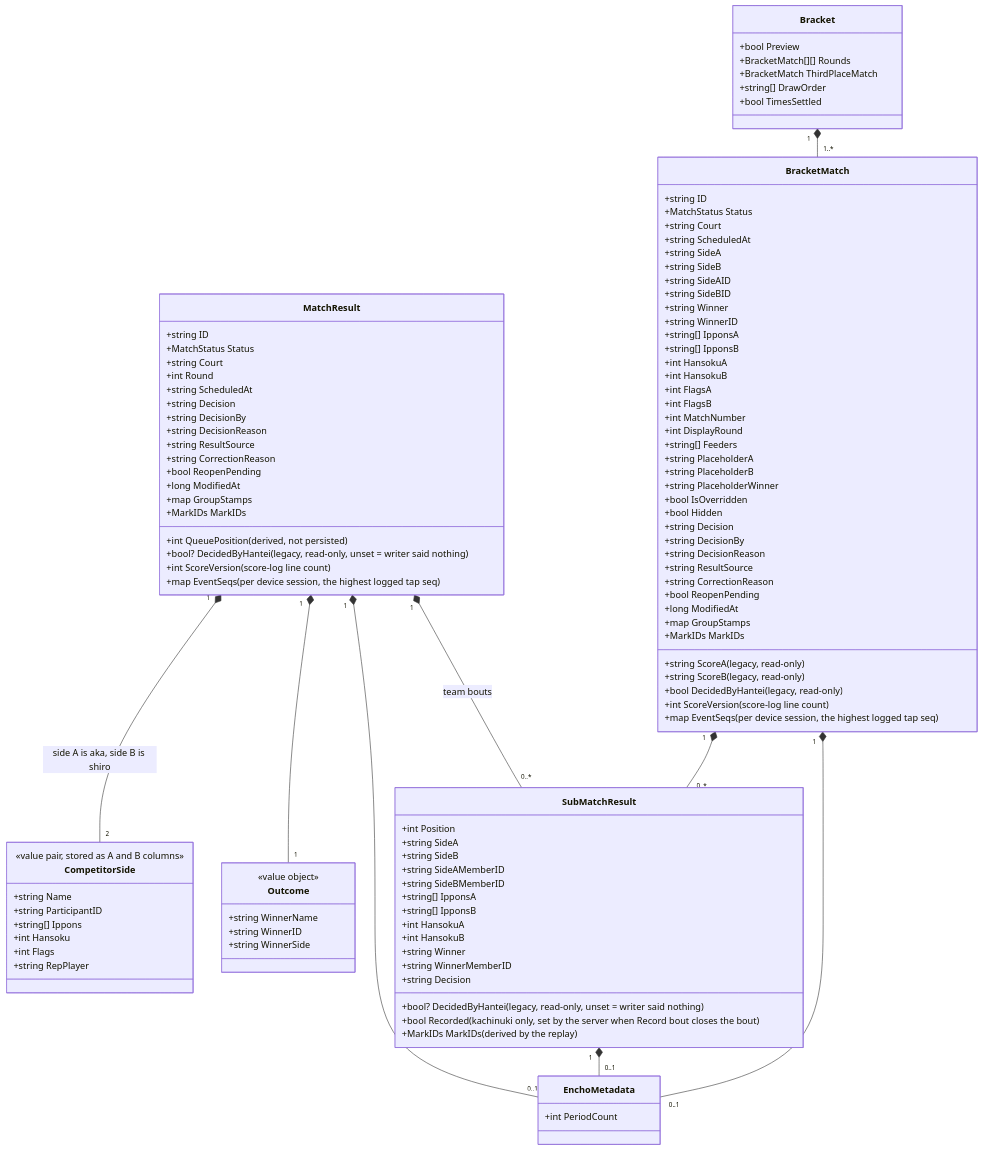
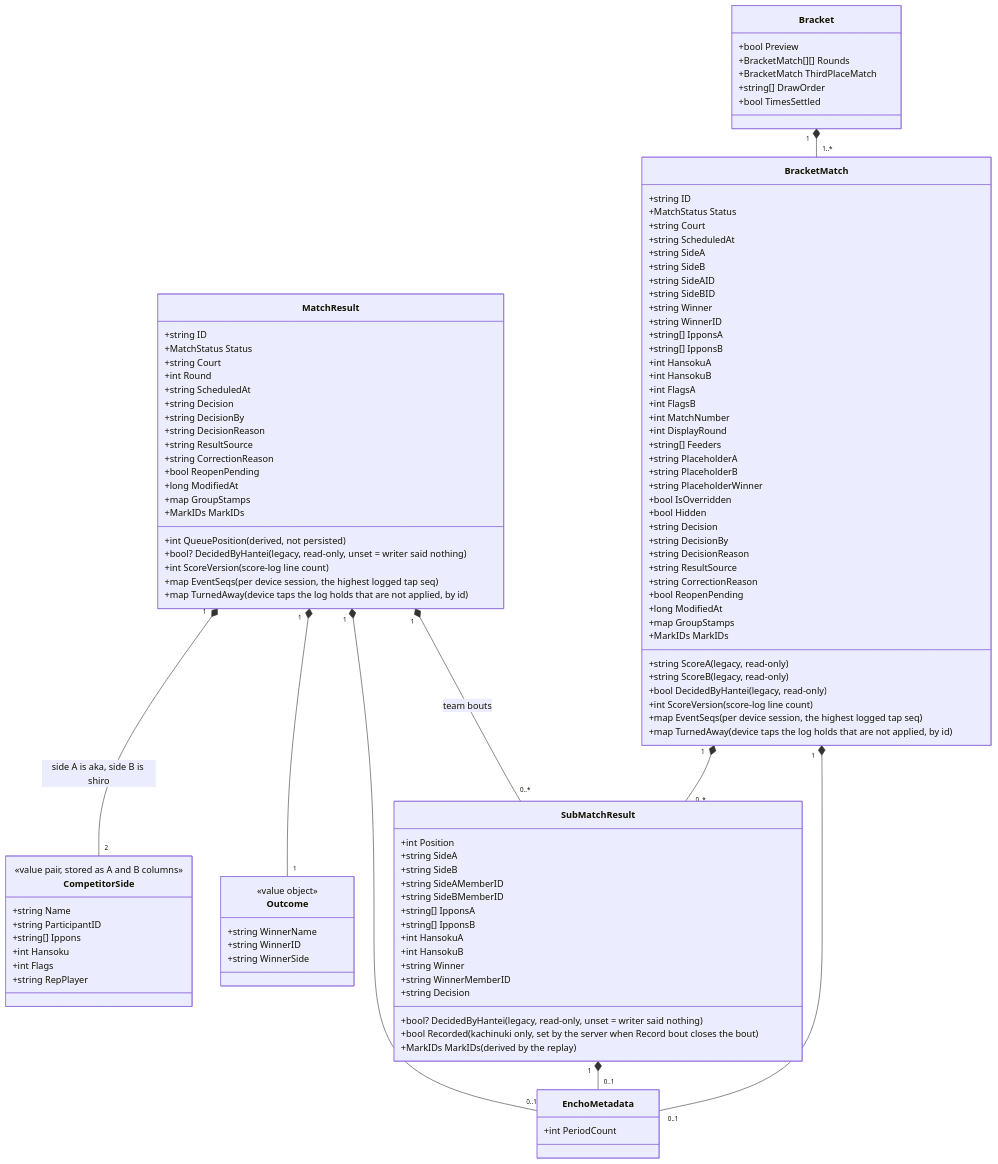
Before and after one commit to gitrgoliveira/bracket-creator: the second of 4 diagrams in docs/architecture/data-model.md, drawn with Mermaid. The commit also changed other lines of this file and 21 other files, not shown here.

First line of the commit message:
fix(bc-evts): stage 6, a device is told when a tap its answer called applied is turned away later

```diff
--- a/docs/architecture/data-model.md
+++ b/docs/architecture/data-model.md
@@ -277,6 +277,7 @@
         +MarkIDs MarkIDs
         +int ScoreVersion (score-log line count)
         +map EventSeqs (per device session, the highest logged tap seq)
+        +map TurnedAway (device taps the log holds that are not applied, by id)
     }
 
     class CompetitorSide {
@@ -365,6 +366,7 @@
         +MarkIDs MarkIDs
         +int ScoreVersion (score-log line count)
         +map EventSeqs (per device session, the highest logged tap seq)
+        +map TurnedAway (device taps the log holds that are not applied, by id)
     }
 
     MatchResult "1" *-- "2" CompetitorSide : side A is aka, side B is shiro
```
